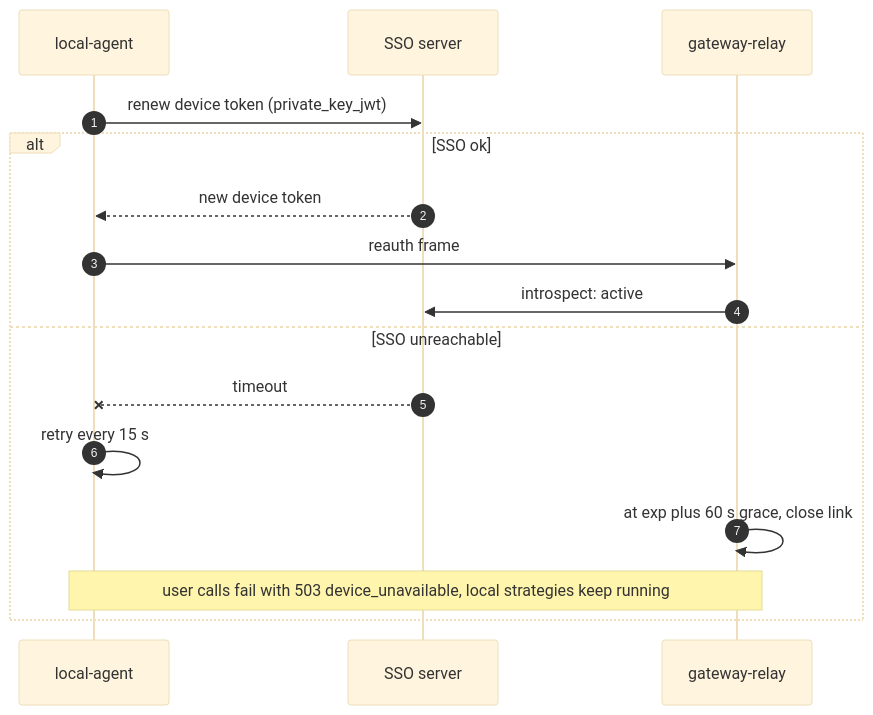
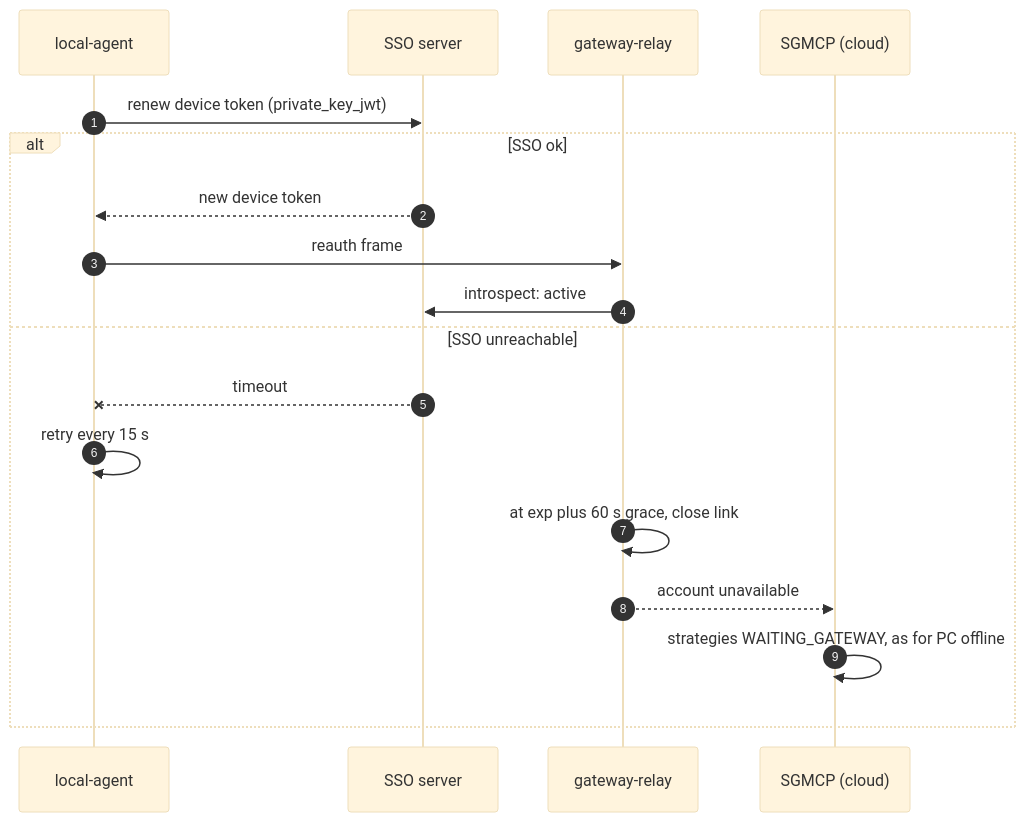
The tenth of 16 diagrams in docs/ECOSYSTEM-INTEGRATION.md (Neural-Matrix-LLC/SSO-server), drawn with Mermaid (base theme) before and after one commit. The commit also changed other lines of this file and 3 other files, not shown here.

````diff
--- a/docs/ECOSYSTEM-INTEGRATION.md
+++ b/docs/ECOSYSTEM-INTEGRATION.md
@@ -496,18 +532,20 @@
 ```mermaid
 sequenceDiagram
   autonumber
   participant LA as local-agent
   participant SSO as SSO server
   participant RL as gateway-relay
+  participant SG as SGMCP (cloud)
   LA->>SSO: renew device token (private_key_jwt)
   alt SSO ok
     SSO-->>LA: new device token
     LA->>RL: reauth frame
     RL->>SSO: introspect: active
   else SSO unreachable
     SSO--xLA: timeout
     LA->>LA: retry every 15 s
     RL->>RL: at exp plus 60 s grace, close link
-    Note over LA,RL: user calls fail with 503 device_unavailable, local strategies keep running
+    RL-->>SG: account unavailable
+    SG->>SG: strategies WAITING_GATEWAY, as for PC offline
   end
 ```
````
